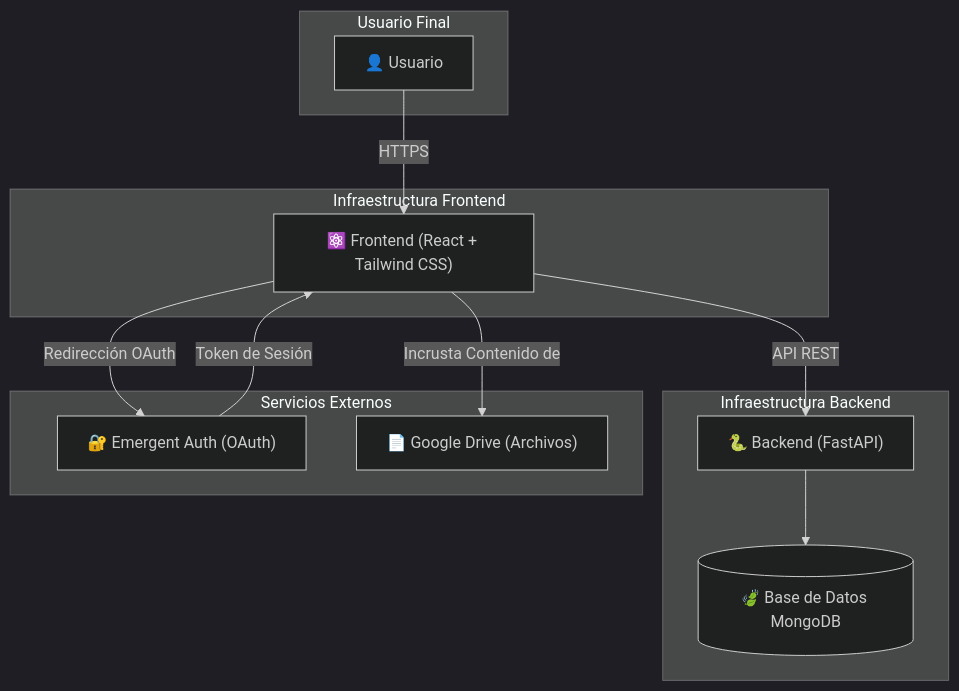
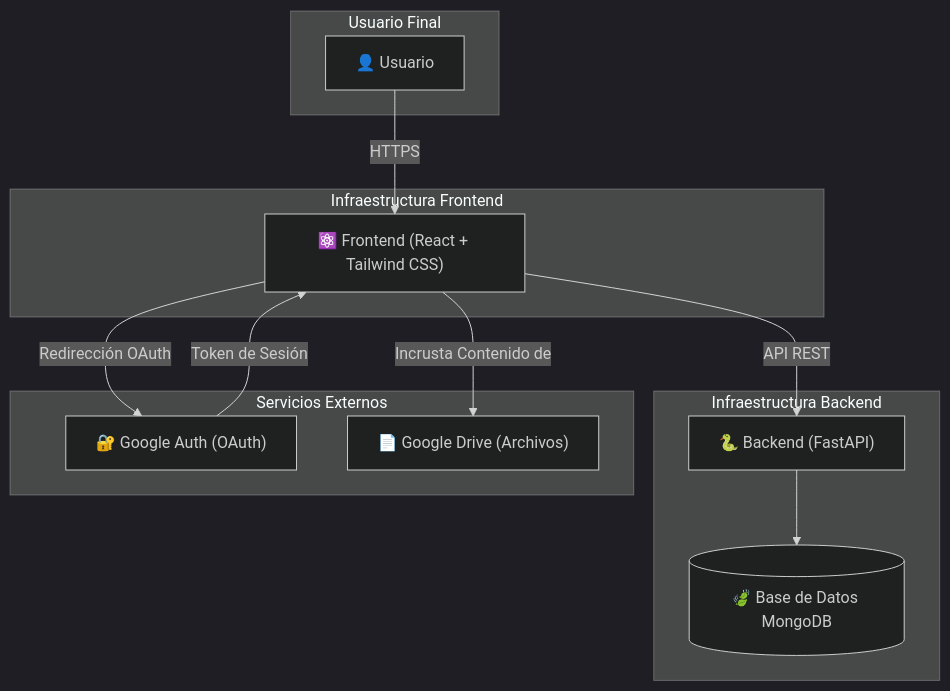
The diagram in README.md (FranAnillo/plataforma-formaciones-ritsi), drawn with Mermaid (dark theme) before and after one commit.

Commit message:
Update Auth service description in README

````diff
--- a/README.md
+++ b/README.md
@@ -51,25 +51,25 @@
 ```mermaid
 graph TD
     subgraph "Usuario Final"
         User["👤 Usuario"]
     end
 
     subgraph "Infraestructura Frontend"
         Frontend["⚛️ Frontend (React + Tailwind CSS)"]
     end
 
     subgraph "Infraestructura Backend"
         Backend["🐍 Backend (FastAPI)"] --> Database[("🍃 Base de Datos MongoDB")]
     end
 
     subgraph "Servicios Externos"
-        Auth["🔐 Emergent Auth (OAuth)"]
+        Auth["🔐 Google Auth (OAuth)"]
         Drive["📄 Google Drive (Archivos)"]
     end
 
     User -- HTTPS --> Frontend
     Frontend -- API REST --> Backend
     Frontend -- Redirección OAuth --> Auth
     Auth -- Token de Sesión --> Frontend
     Frontend -- Incrusta Contenido de --> Drive
 ```
````
